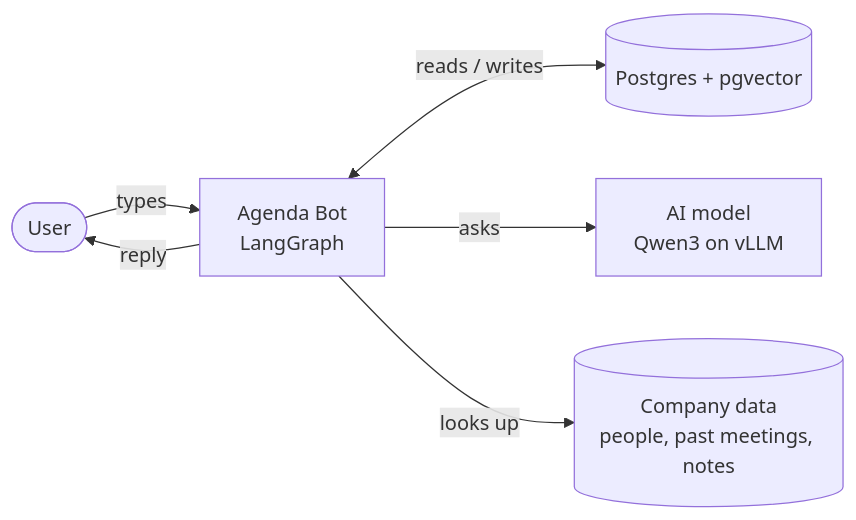
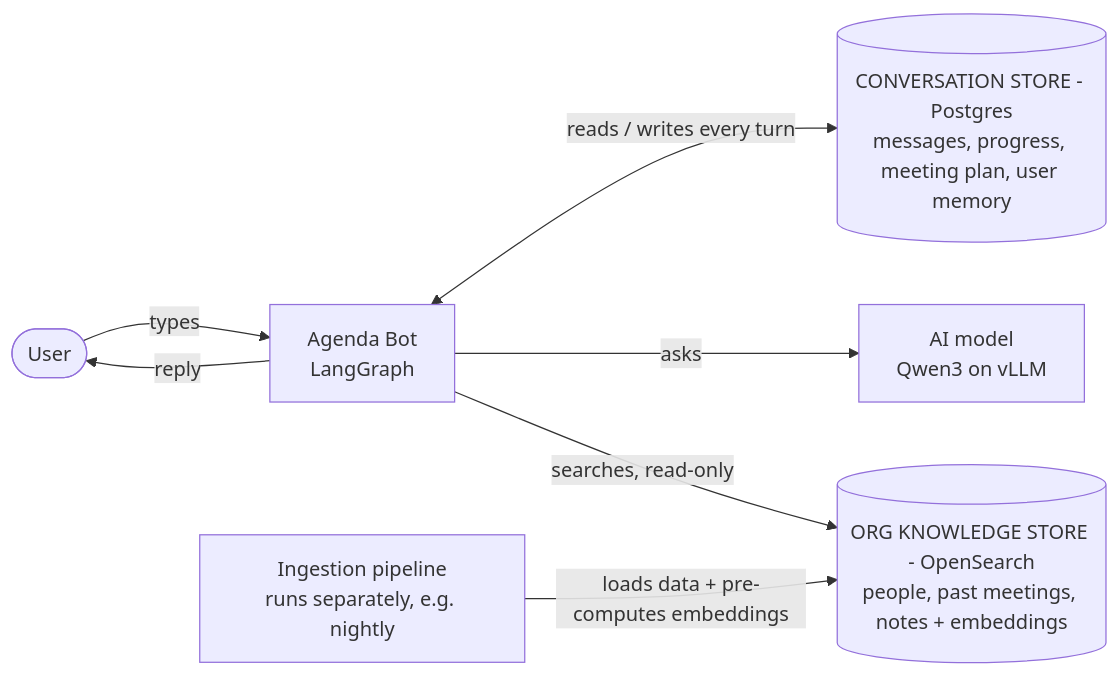
One commit to sivatarun/interview2 changed the first of 6 diagrams in hld_agenda_bot.md. Above: the diagram before and after it, drawn with Mermaid. The commit also changed other lines of this file and 3 other files, not shown here.

````diff
--- a/hld_agenda_bot.md
+++ b/hld_agenda_bot.md
@@ -15,8 +15,9 @@
 ```mermaid
 flowchart LR
-    U([User]) -->|types| BOT[Agenda Bot<br/>LangGraph]
-    BOT <-->|reads / writes| DB[(Postgres + pgvector)]
-    BOT -->|asks| AI[AI model<br/>Qwen3 on vLLM]
-    BOT -->|looks up| ORG[(Company data<br/>people, past meetings, notes)]
+    U(["User"]) -->|types| BOT["Agenda Bot<br/>LangGraph"]
+    BOT <-->|reads / writes every turn| DB[("CONVERSATION STORE - Postgres<br/>messages, progress, meeting plan, user memory")]
+    BOT -->|asks| AI["AI model<br/>Qwen3 on vLLM"]
+    BOT -->|searches, read-only| ORG[("ORG KNOWLEDGE STORE - OpenSearch<br/>people, past meetings, notes + embeddings")]
+    PIPE["Ingestion pipeline<br/>runs separately, e.g. nightly"] -->|loads data + pre-computes embeddings| ORG
     BOT -->|reply| U
 ```
````
